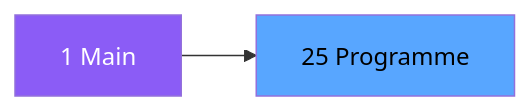
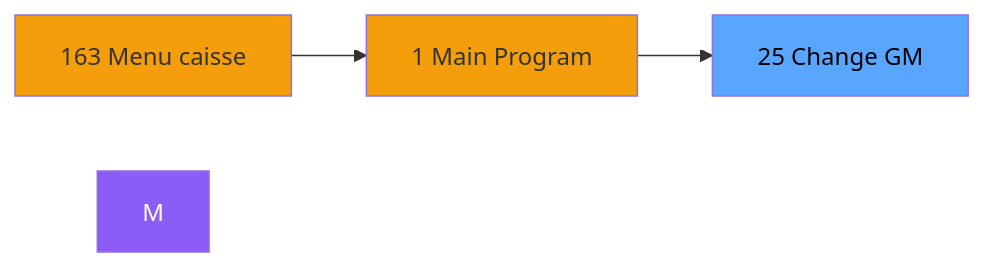
The second of 3 diagrams in .openspec/specs/ADH-IDE-25.md (thonyAGP/magic-migration), drawn with Mermaid before and after one commit. The commit also changed other lines of this file and 323 other files, not shown here.

````diff
--- a/.openspec/specs/ADH-IDE-25.md
+++ b/.openspec/specs/ADH-IDE-25.md
@@ -118,8 +144,12 @@
 ```mermaid
 graph LR
-    M[1 Main]
-    T[25 Programme]
-    M --> T
+    N163[163 Menu caisse ]
+    N1[1 Main Program]
+    T[25 Change GM]
+    N163 --> N1
+    N1 --> T
     style M fill:#8b5cf6,color:#fff
+    style N163 fill:#f59e0b
+    style N1 fill:#f59e0b
     style T fill:#58a6ff,color:#000
 ```
````
